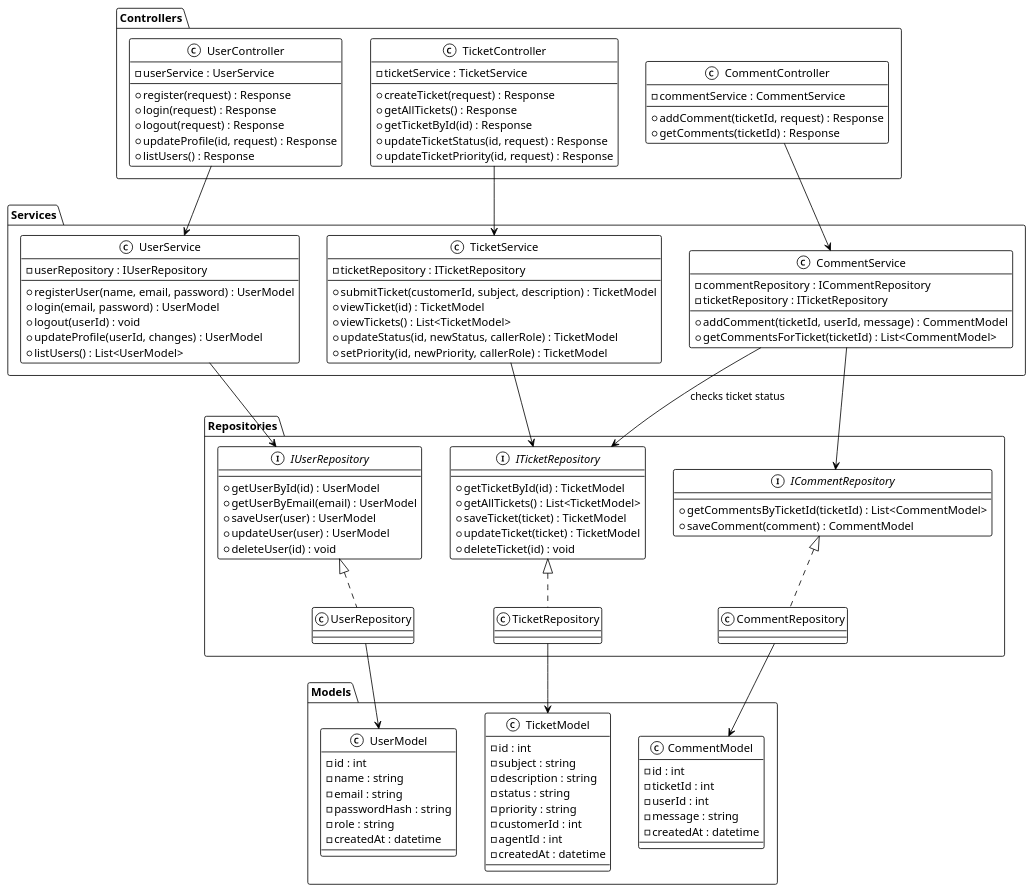
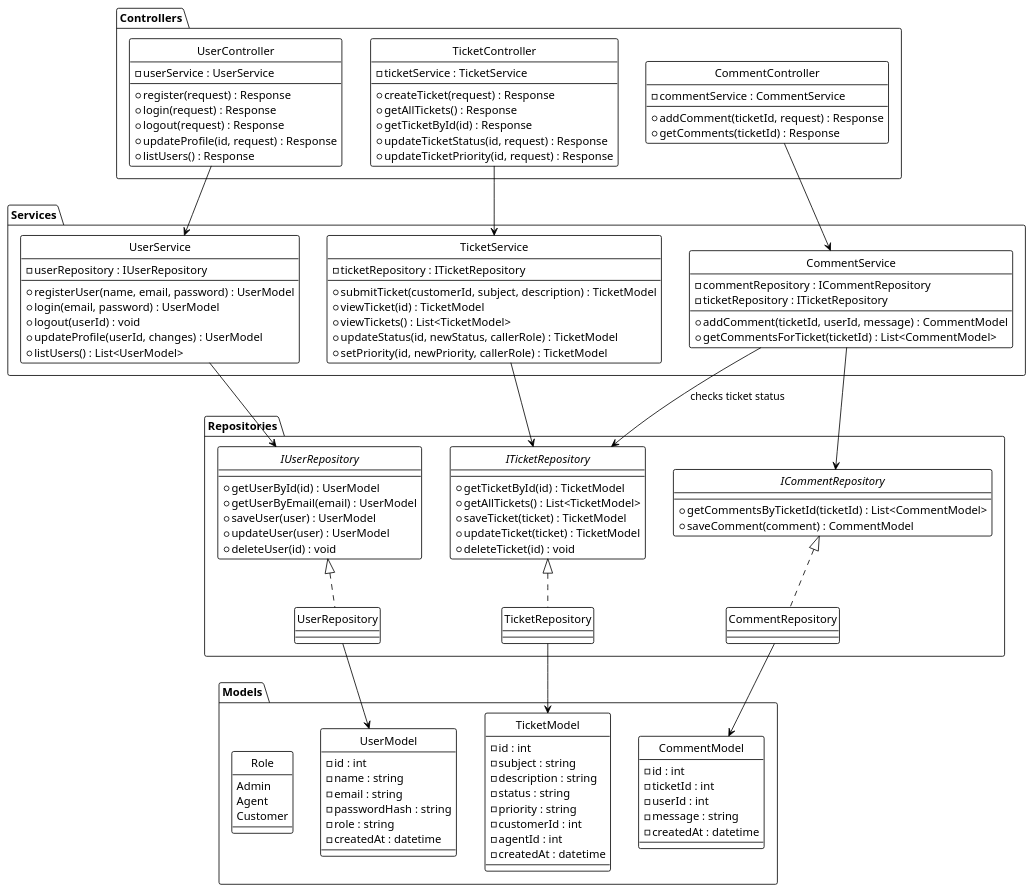
Before and after one commit to Aisosaibi/helpdesk-support-python-core: the diagram in xtra/uml-diagrams/class_diagram.puml, drawn with PlantUML. The commit also changed 4 other files, not shown here.

```diff
--- a/xtra/uml-diagrams/class_diagram.puml
+++ b/xtra/uml-diagrams/class_diagram.puml
@@ -1,152 +1,159 @@
 @startuml
 !theme mono
 
 skinparam backgroundColor #FFFFFF
 skinparam classBackgroundColor #FFFFFF
 skinparam classBorderColor #000000
 skinparam classFontColor #000000
 skinparam classAttributeFontColor #000000
 skinparam ArrowColor #000000
 skinparam ArrowFontColor #000000
 skinparam packageBorderColor #000000
 skinparam packageFontColor #000000
+hide circle
 
 ' ============================================================
 ' MODELS — plain data holders, no logic
 ' ============================================================
 package "Models" {
   class UserModel {
     - id : int
     - name : string
     - email : string
     - passwordHash : string
     - role : string
     - createdAt : datetime
   }
 
   class TicketModel {
     - id : int
     - subject : string
     - description : string
     - status : string
     - priority : string
     - customerId : int
     - agentId : int
     - createdAt : datetime
   }
 
   class CommentModel {
     - id : int
     - ticketId : int
     - userId : int
     - message : string
     - createdAt : datetime
+  }
+
+  enum Role {
+    Admin
+    Agent
+    Customer
   }
 }
 
 ' ============================================================
 ' REPOSITORIES — interface + concrete implementation each,
 ' for Dependency Inversion (Service depends on the interface)
 ' ============================================================
 package "Repositories" {
   interface IUserRepository {
     + getUserById(id) : UserModel
     + getUserByEmail(email) : UserModel
     + saveUser(user) : UserModel
     + updateUser(user) : UserModel
     + deleteUser(id) : void
   }
   class UserRepository implements IUserRepository
 
   interface ITicketRepository {
     + getTicketById(id) : TicketModel
     + getAllTickets() : List<TicketModel>
     + saveTicket(ticket) : TicketModel
     + updateTicket(ticket) : TicketModel
     + deleteTicket(id) : void
   }
   class TicketRepository implements ITicketRepository
 
   interface ICommentRepository {
     + getCommentsByTicketId(ticketId) : List<CommentModel>
     + saveComment(comment) : CommentModel
   }
   class CommentRepository implements ICommentRepository
 }
 
 ' ============================================================
 ' SERVICES — business logic, one per entity
 ' ============================================================
 package "Services" {
   class UserService {
     - userRepository : IUserRepository
     + registerUser(name, email, password) : UserModel
     + login(email, password) : UserModel
     + logout(userId) : void
     + updateProfile(userId, changes) : UserModel
     + listUsers() : List<UserModel>
   }
 
   class TicketService {
     - ticketRepository : ITicketRepository
     + submitTicket(customerId, subject, description) : TicketModel
     + viewTicket(id) : TicketModel
     + viewTickets() : List<TicketModel>
     + updateStatus(id, newStatus, callerRole) : TicketModel
     + setPriority(id, newPriority, callerRole) : TicketModel
   }
 
   class CommentService {
     - commentRepository : ICommentRepository
     - ticketRepository : ITicketRepository
     + addComment(ticketId, userId, message) : CommentModel
     + getCommentsForTicket(ticketId) : List<CommentModel>
   }
 }
 
 ' ============================================================
 ' CONTROLLERS — HTTP-facing, thin, call into Services only
 ' ============================================================
 package "Controllers" {
   class UserController {
     - userService : UserService
     + register(request) : Response
     + login(request) : Response
     + logout(request) : Response
     + updateProfile(id, request) : Response
     + listUsers() : Response
   }
 
   class TicketController {
     - ticketService : TicketService
     + createTicket(request) : Response
     + getAllTickets() : Response
     + getTicketById(id) : Response
     + updateTicketStatus(id, request) : Response
     + updateTicketPriority(id, request) : Response
   }
 
   class CommentController {
     - commentService : CommentService
     + addComment(ticketId, request) : Response
     + getComments(ticketId) : Response
   }
 }
 
 ' ============================================================
 ' CROSS-LAYER RELATIONSHIPS (association: "depends on / holds")
 ' ============================================================
 UserController --> UserService
 TicketController --> TicketService
 CommentController --> CommentService
 
 UserService --> IUserRepository
 TicketService --> ITicketRepository
 CommentService --> ICommentRepository
 CommentService --> ITicketRepository : "checks ticket status"
 
 UserRepository --> UserModel
 TicketRepository --> TicketModel
 CommentRepository --> CommentModel
 
 @enduml
```
